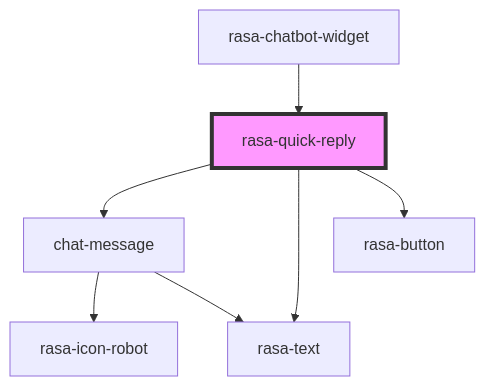
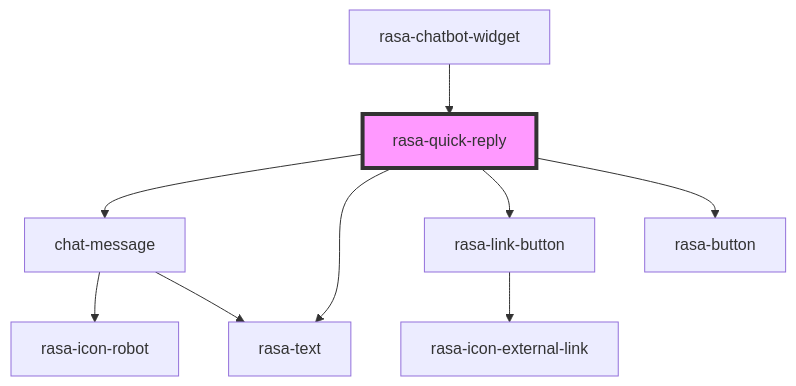
Before and after one commit to RasaHQ/chat-widget: the diagram in packages/ui/src/components/quick-reply/readme.md, drawn with Mermaid. The commit also changed other lines of this file and 9 other files, not shown here.

Commit message:
Add component for link button

````diff
--- a/packages/ui/src/components/quick-reply/readme.md
+++ b/packages/ui/src/components/quick-reply/readme.md
@@ -38,10 +39,12 @@
 ```mermaid
 graph TD;
   rasa-quick-reply --> chat-message
   rasa-quick-reply --> rasa-text
+  rasa-quick-reply --> rasa-link-button
   rasa-quick-reply --> rasa-button
   chat-message --> rasa-icon-robot
   chat-message --> rasa-text
+  rasa-link-button --> rasa-icon-external-link
   rasa-chatbot-widget --> rasa-quick-reply
   style rasa-quick-reply fill:#f9f,stroke:#333,stroke-width:4px
 ```
````
